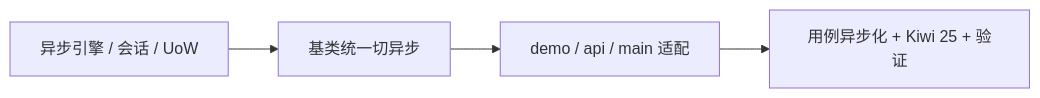
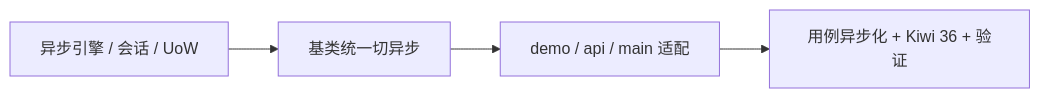
Before and after one commit to minjian123/basic-management-system: the diagram in bms文档/项目/01_项目骨架/任务/02_后端基座/02_后端基座_05_机制底座/02_后端基座_05_机制底座_01_数据访问底座/实施/01_实施_01_数据访问底座.md, drawn with Mermaid. The commit also changed other lines of this file and 41 other files, not shown here.

````diff
--- a/bms文档/项目/01_项目骨架/任务/02_后端基座/02_后端基座_05_机制底座/02_后端基座_05_机制底座_01_数据访问底座/实施/01_实施_01_数据访问底座.md
+++ b/bms文档/项目/01_项目骨架/任务/02_后端基座/02_后端基座_05_机制底座/02_后端基座_05_机制底座_01_数据访问底座/实施/01_实施_01_数据访问底座.md
@@ -22,6 +22,6 @@
 ```mermaid
 flowchart LR
     A[异步引擎 / 会话 / UoW] --> B[基类统一切异步]
     B --> C[demo / api / main 适配]
-    C --> D[用例异步化 + Kiwi 25 + 验证]
+    C --> D[用例异步化 + Kiwi 36 + 验证]
 ```
````
